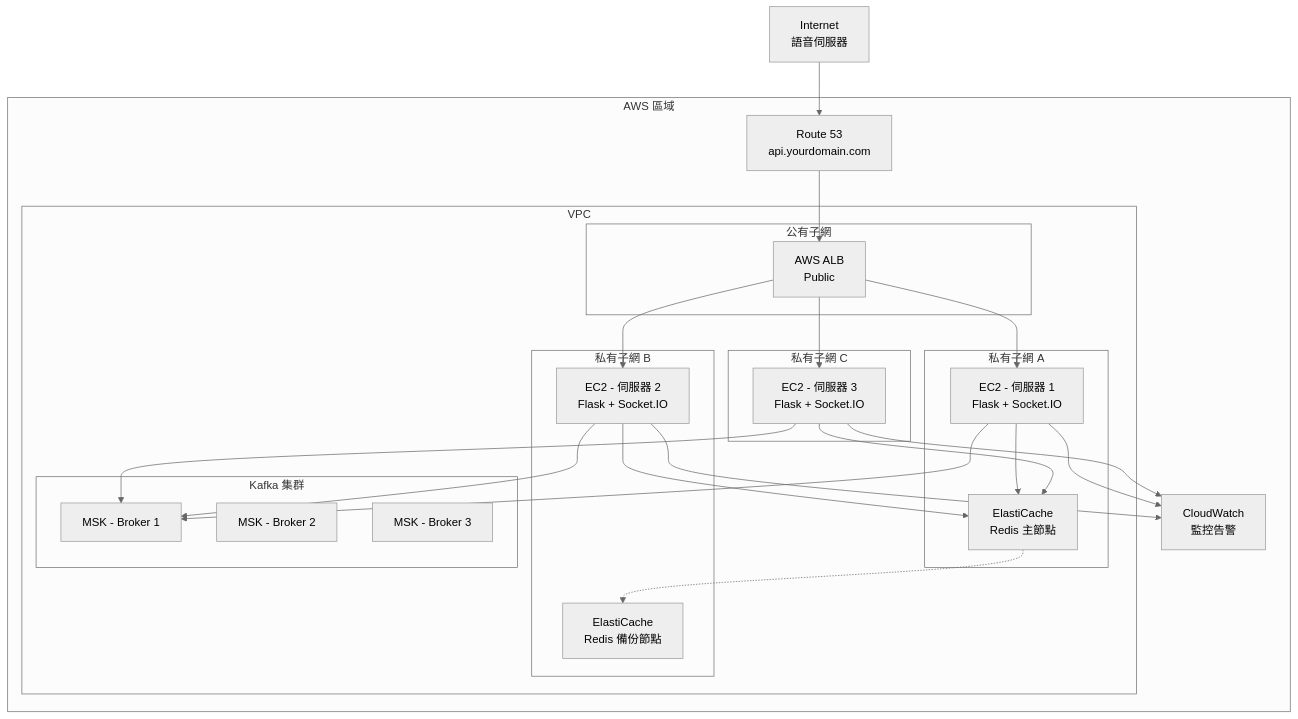
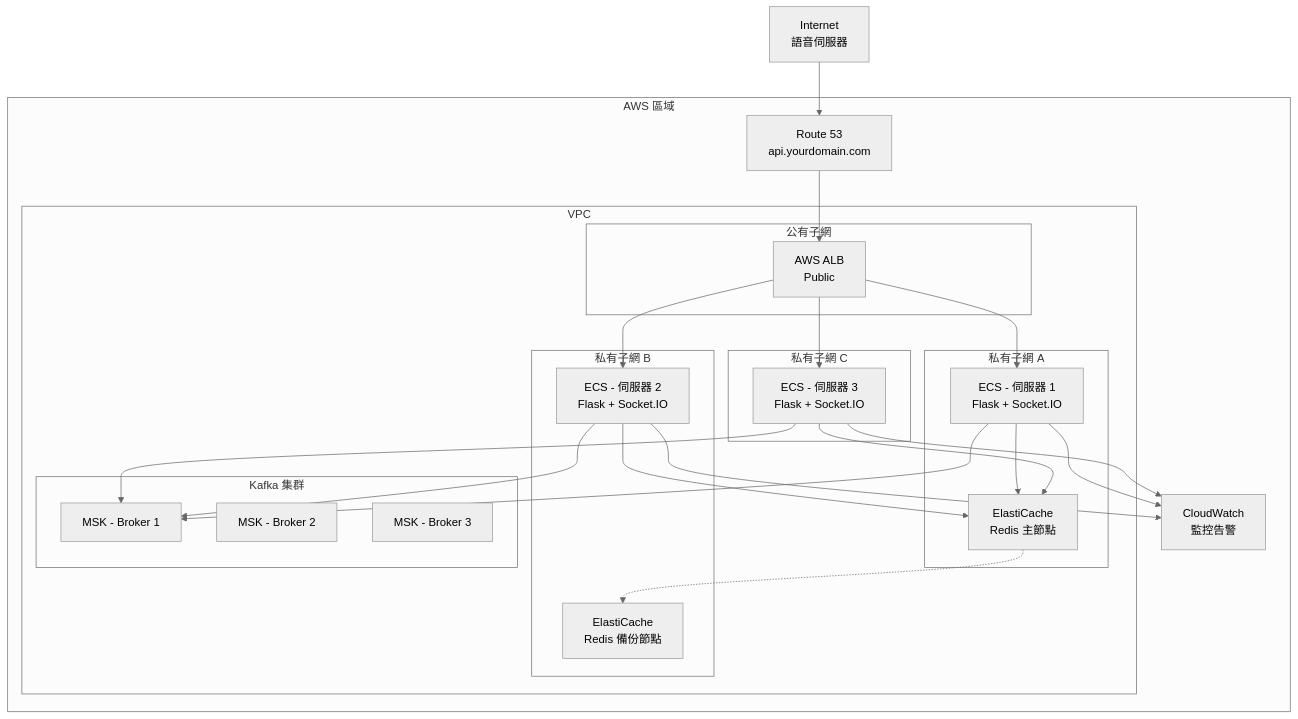
One commit to aifung/ideas changed the seventh of 8 diagrams in api.md. Above: the diagram before and after it, drawn with Mermaid (neutral theme). The commit also changed other lines of this file, not shown here.

````diff
--- a/api.md
+++ b/api.md
@@ -767,53 +767,53 @@
 ```mermaid
 graph TB
     subgraph "AWS 區域"
         subgraph "VPC"
             subgraph "公有子網"
                 ALB[AWS ALB<br/>Public]
             end
             
             subgraph "私有子網 A"
-                Server1[EC2 - 伺服器 1<br/>Flask + Socket.IO]
+                Server1[ECS - 伺服器 1<br/>Flask + Socket.IO]
                 Redis1[ElastiCache<br/>Redis 主節點]
             end
             
             subgraph "私有子網 B"
-                Server2[EC2 - 伺服器 2<br/>Flask + Socket.IO]
+                Server2[ECS - 伺服器 2<br/>Flask + Socket.IO]
                 Redis2[ElastiCache<br/>Redis 備份節點]
             end
             
             subgraph "私有子網 C"
-                Server3[EC2 - 伺服器 3<br/>Flask + Socket.IO]
+                Server3[ECS - 伺服器 3<br/>Flask + Socket.IO]
             end
             
             subgraph "Kafka 集群"
                 Kafka1[MSK - Broker 1]
                 Kafka2[MSK - Broker 2]
                 Kafka3[MSK - Broker 3]
             end
         end
         
         Route53[Route 53<br/>api.yourdomain.com]
         CloudWatch[CloudWatch<br/>監控告警]
     end
     
     Internet[Internet<br/>語音伺服器] --> Route53
     Route53 --> ALB
     ALB --> Server1
     ALB --> Server2
     ALB --> Server3
     
     Server1 --> Redis1
     Server2 --> Redis1
     Server3 --> Redis1
     
     Redis1 -.-> Redis2
     
     Server1 --> Kafka1
     Server2 --> Kafka1
     Server3 --> Kafka1
     
     Server1 --> CloudWatch
     Server2 --> CloudWatch
     Server3 --> CloudWatch
 ```
````
